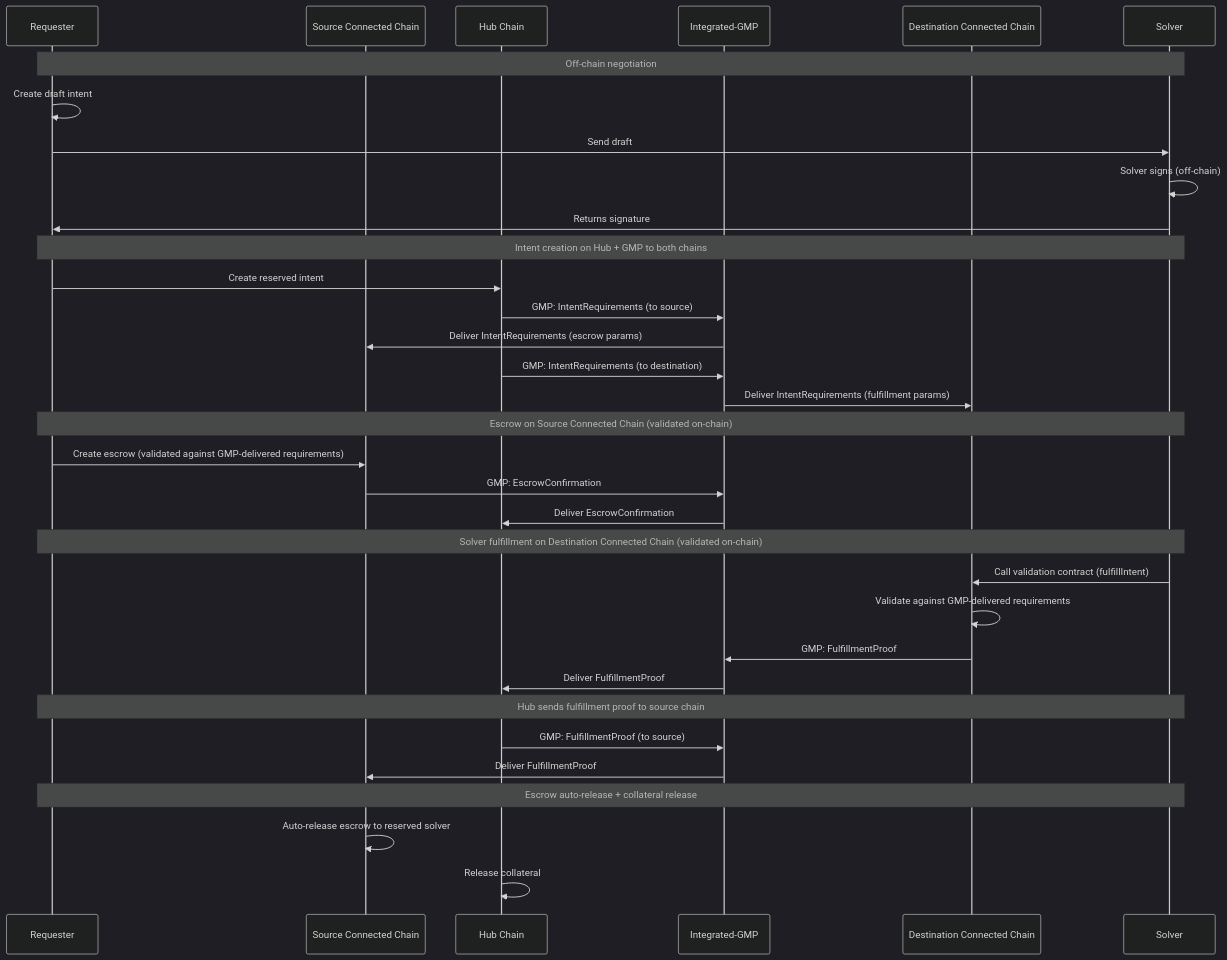
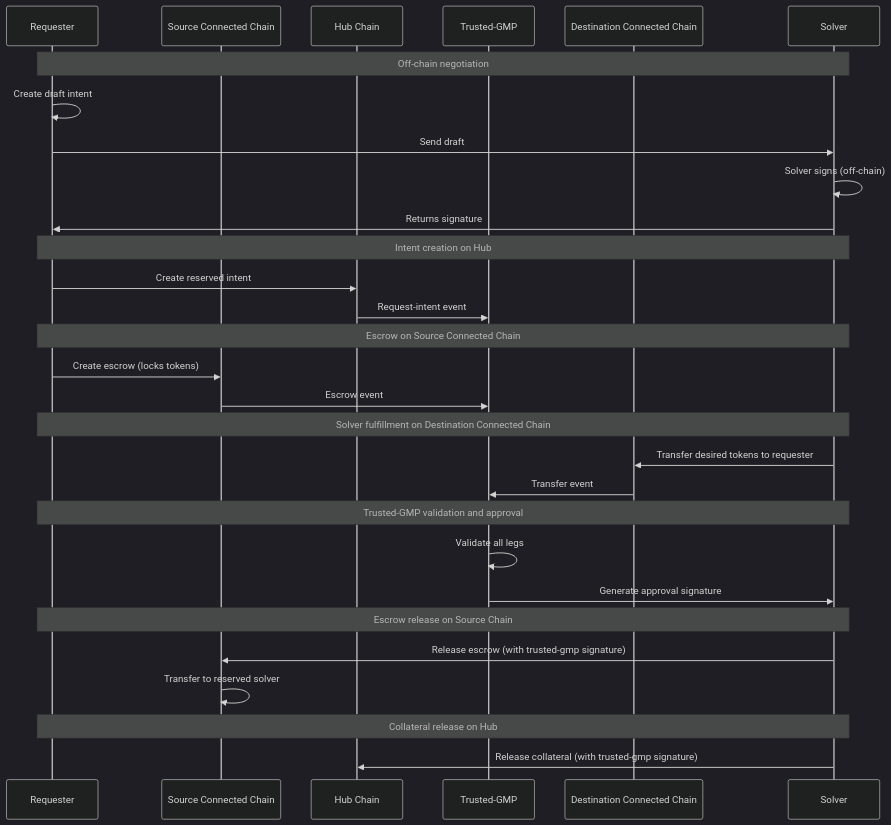
The diagram in docs/architecture/conception/conception_routerflow.md (MoveIndustries/int3nts), drawn with Mermaid (dark theme) before and after one commit. The commit also changed other lines of this file and 493 other files, not shown here.

First line of the commit message:
Revert "Integrated GMP (Generic Message Passing) instead of verifier architec…"

````diff
--- a/docs/architecture/conception/conception_routerflow.md
+++ b/docs/architecture/conception/conception_routerflow.md
@@ -15,41 +15,38 @@
 ```mermaid
 sequenceDiagram
     participant Requester
     participant SourceChain as Source Connected Chain
     participant Hub as Hub Chain
-    participant IntegratedGMP as Integrated-GMP
+    participant TrustedGMP as Trusted-GMP
     participant DestChain as Destination Connected Chain
     participant Solver
 
     Note over Requester,Solver: Off-chain negotiation
     Requester->>Requester: Create draft intent
     Requester->>Solver: Send draft
     Solver->>Solver: Solver signs (off-chain)
     Solver->>Requester: Returns signature
 
-    Note over Requester,Solver: Intent creation on Hub + GMP to both chains
+    Note over Requester,Solver: Intent creation on Hub
     Requester->>Hub: Create reserved intent
-    Hub->>IntegratedGMP: GMP: IntentRequirements (to source)
-    IntegratedGMP->>SourceChain: Deliver IntentRequirements (escrow params)
-    Hub->>IntegratedGMP: GMP: IntentRequirements (to destination)
-    IntegratedGMP->>DestChain: Deliver IntentRequirements (fulfillment params)
+    Hub->>TrustedGMP: Request-intent event
 
-    Note over Requester,Solver: Escrow on Source Connected Chain (validated on-chain)
-    Requester->>SourceChain: Create escrow (validated against GMP-delivered requirements)
-    SourceChain->>IntegratedGMP: GMP: EscrowConfirmation
-    IntegratedGMP->>Hub: Deliver EscrowConfirmation
+    Note over Requester,Solver: Escrow on Source Connected Chain
+    Requester->>SourceChain: Create escrow (locks tokens)
+    SourceChain->>TrustedGMP: Escrow event
 
-    Note over Requester,Solver: Solver fulfillment on Destination Connected Chain (validated on-chain)
-    Solver->>DestChain: Call validation contract (fulfillIntent)
-    DestChain->>DestChain: Validate against GMP-delivered requirements
-    DestChain->>IntegratedGMP: GMP: FulfillmentProof
-    IntegratedGMP->>Hub: Deliver FulfillmentProof
+    Note over Requester,Solver: Solver fulfillment on Destination Connected Chain
+    Solver->>DestChain: Transfer desired tokens to requester
+    DestChain->>TrustedGMP: Transfer event
 
-    Note over Requester,Solver: Hub sends fulfillment proof to source chain
-    Hub->>IntegratedGMP: GMP: FulfillmentProof (to source)
-    IntegratedGMP->>SourceChain: Deliver FulfillmentProof
+    Note over Requester,Solver: Trusted-GMP validation and approval
+    TrustedGMP->>TrustedGMP: Validate all legs
+    TrustedGMP->>Solver: Generate approval signature
 
-    Note over Requester,Solver: Escrow auto-release + collateral release
-    SourceChain->>SourceChain: Auto-release escrow to reserved solver
-    Hub->>Hub: Release collateral
+    Note over Requester,Solver: Escrow release on Source Chain
+    Solver->>SourceChain: Release escrow (with trusted-gmp signature)
+    SourceChain->>SourceChain: Transfer to reserved solver
+
+    Note over Requester,Solver: Collateral release on Hub
+    Solver->>Hub: Release collateral (with trusted-gmp signature)
 ```
````
